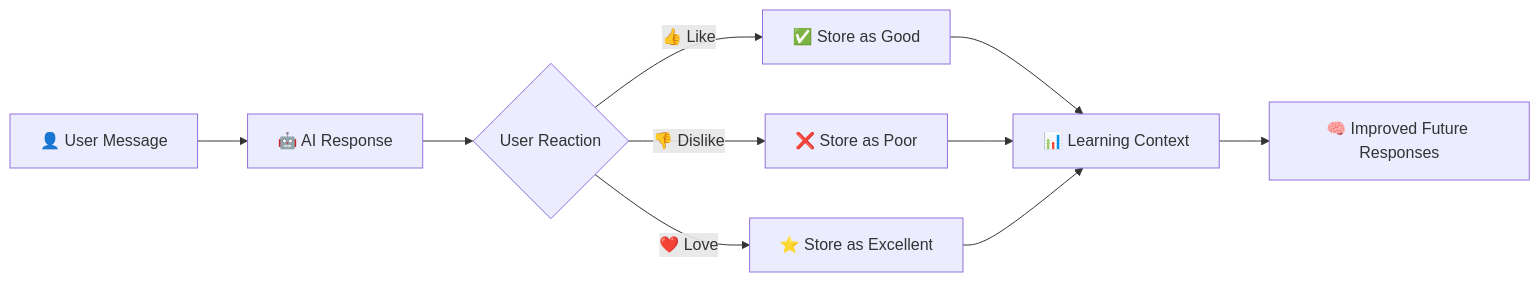
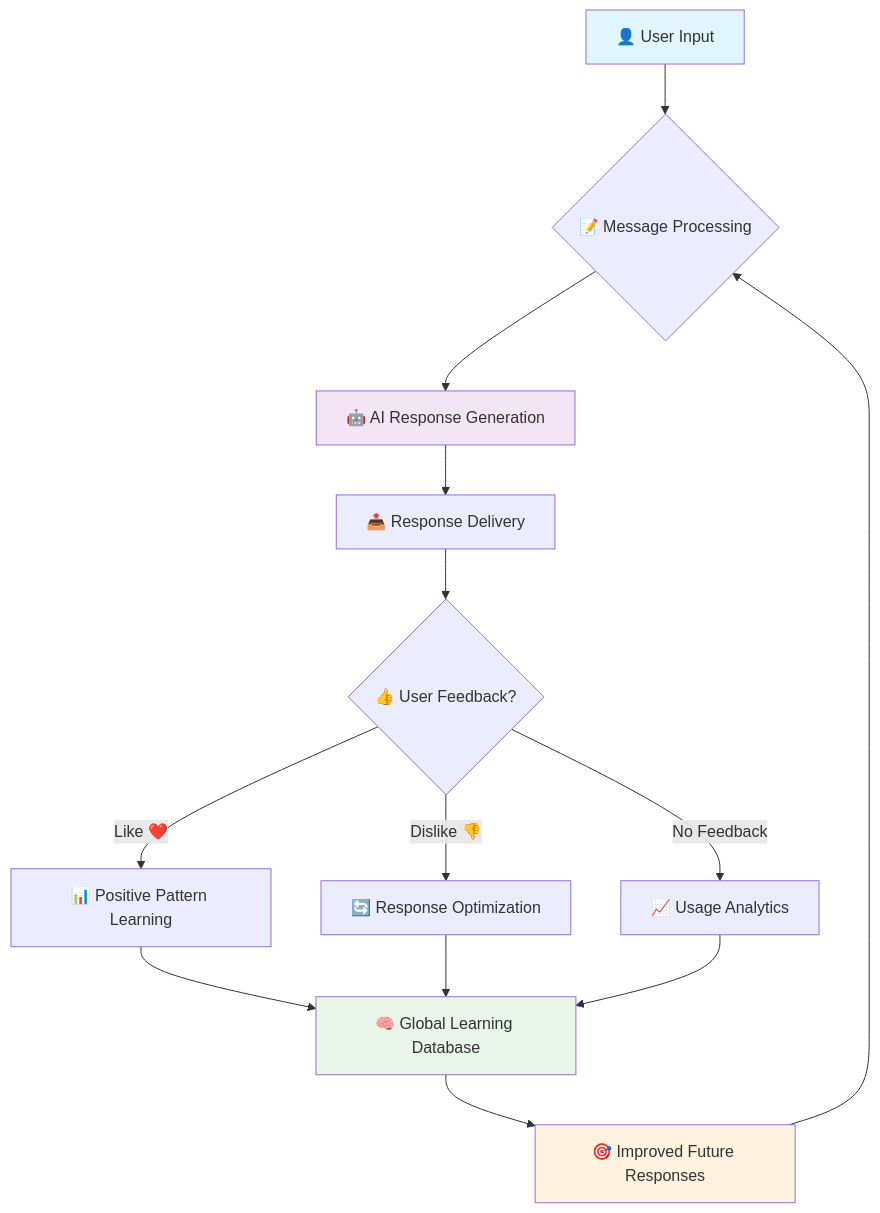
The diagram in README.md (vaibhav-nagre/nagregpt), drawn with Mermaid before and after one commit. The commit also changed other lines of this file and 1 other file, not shown here.

````diff
--- a/README.md
+++ b/README.md
@@ -69,12 +271,20 @@
 ```mermaid
-graph LR
-    A[👤 User Message] --> B[🤖 AI Response]
-    B --> C{User Reaction}
-    C -->|👍 Like| D[✅ Store as Good]
-    C -->|👎 Dislike| E[❌ Store as Poor]
-    C -->|❤️ Love| F[⭐ Store as Excellent]
-    D --> G[📊 Learning Context]
-    E --> G
-    F --> G
-    G --> H[🧠 Improved Future Responses]
+graph TD
+    A[👤 User Input] --> B{📝 Message Processing}
+    B --> C[🤖 AI Response Generation]
+    C --> D[📤 Response Delivery]
+    D --> E{👍 User Feedback?}
+    E -->|Like ❤️| F[📊 Positive Pattern Learning]
+    E -->|Dislike 👎| G[🔄 Response Optimization]
+    E -->|No Feedback| H[📈 Usage Analytics]
+    F --> I[🧠 Global Learning Database]
+    G --> I
+    H --> I
+    I --> J[🎯 Improved Future Responses]
+    J --> B
+    
+    style A fill:#e1f5fe
+    style C fill:#f3e5f5
+    style I fill:#e8f5e8
+    style J fill:#fff3e0
 ```
````
